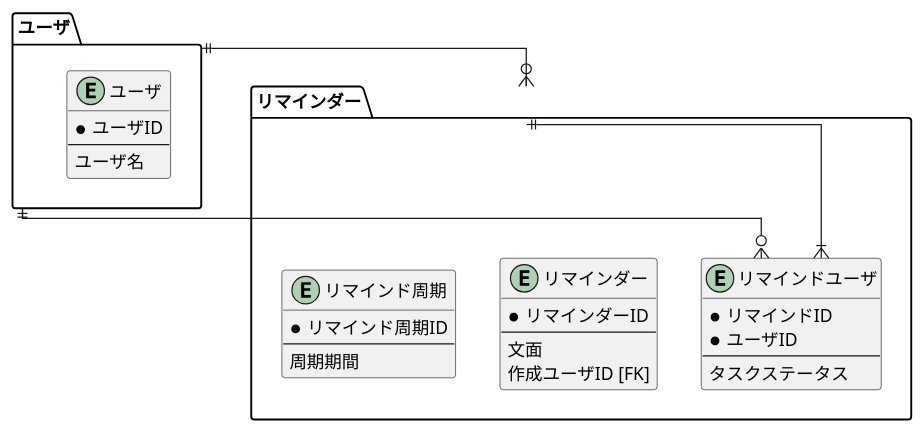
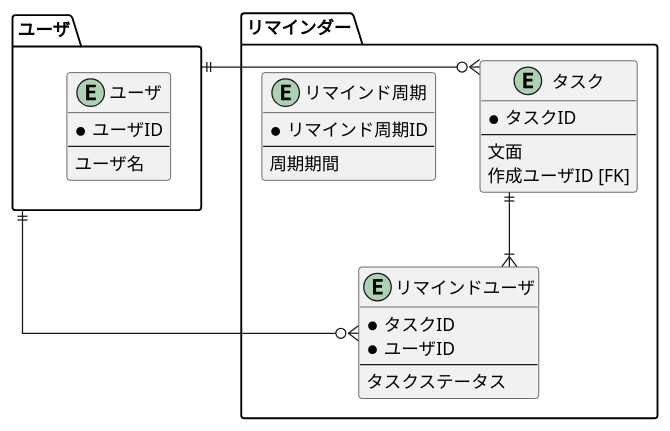
Before and after one commit to shimopino/praha-challenges: the diagram in database/32_modeling4/assets/penpen-v1.pu, drawn with PlantUML. The commit also changed 2 other files, not shown here.

```diff
--- a/database/32_modeling4/assets/penpen-v1.pu
+++ b/database/32_modeling4/assets/penpen-v1.pu
@@ -1,39 +1,39 @@
 @startuml penpen-v1
 
 skinparam Linetype ortho
 
 package ユーザ {
     entity ユーザ {
         * ユーザID
         --
         ユーザ名
     }
 }
 
 package リマインダー {
-    entity リマインダー {
-        * リマインダーID
+    entity タスク {
+        * タスクID
         --
         文面
         作成ユーザID [FK]
     }
 
     entity リマインド周期 {
         * リマインド周期ID
         --
         周期期間
     }
 
     entity リマインドユーザ {
-        * リマインドID
+        * タスクID
         * ユーザID
         --
         タスクステータス
     }
 }
 
-リマインダー ||--|{ リマインドユーザ
+タスク ||--|{ リマインドユーザ
 ユーザ ||-r-o{ リマインドユーザ
-ユーザ ||-r-o{ リマインダー
+ユーザ ||-r-o{ タスク
 
 @enduml
```
